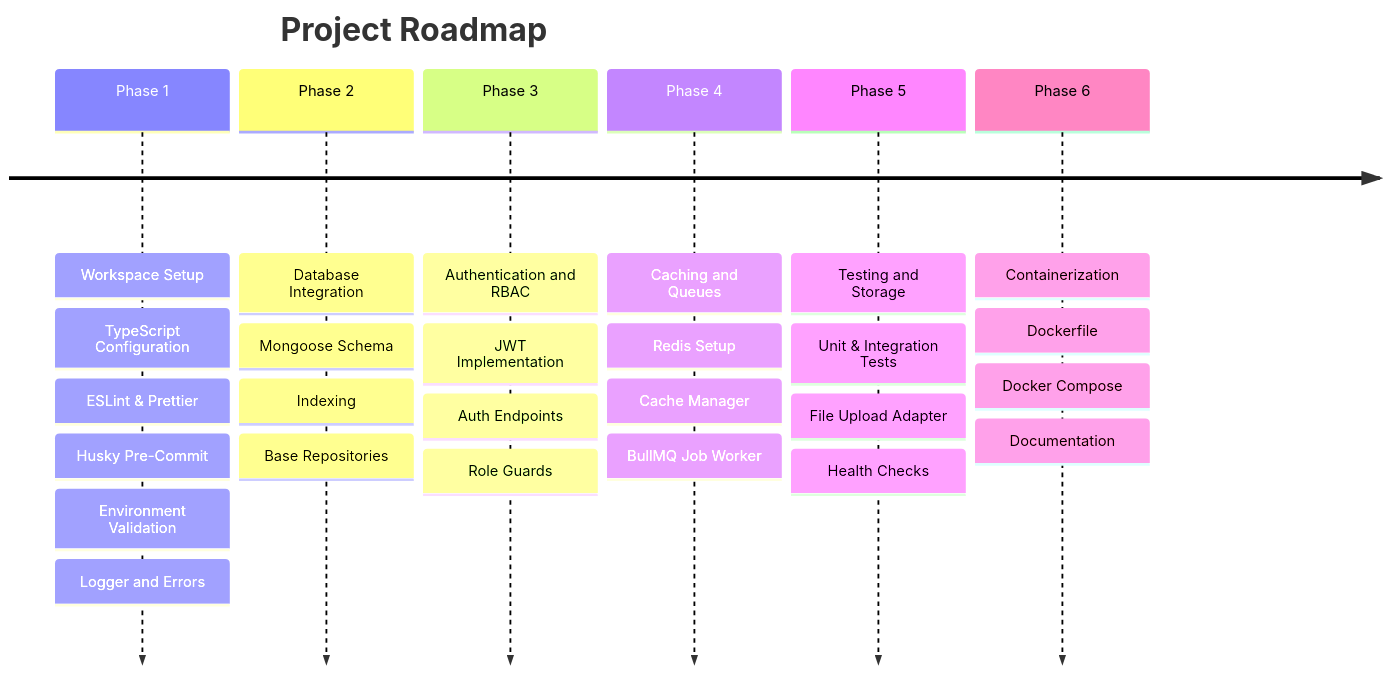
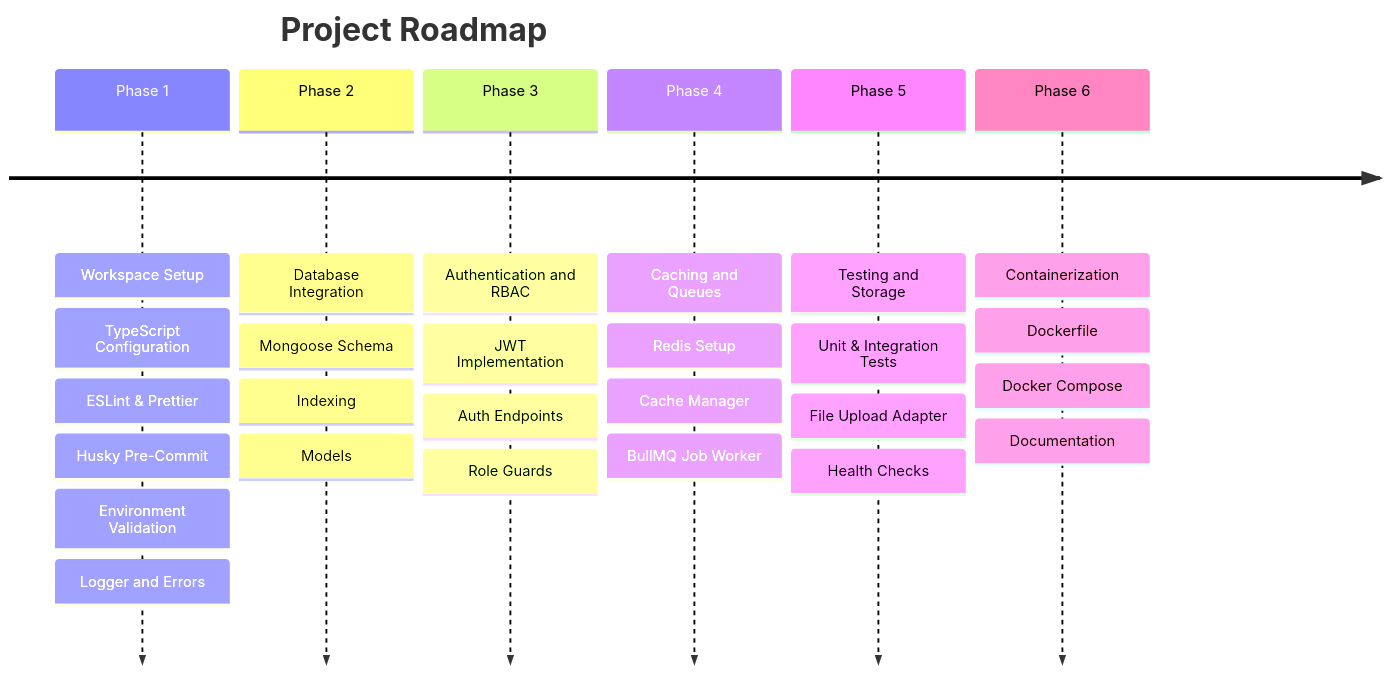
The second of 2 diagrams in PRD.md (Manjeet-Yadav-777/Node-JS-Backend-Kit), drawn with Mermaid before and after one commit. The commit also changed 3 other files, not shown here.

````diff
--- a/PRD.md
+++ b/PRD.md
@@ -158,10 +158,10 @@
 ```mermaid
 timeline
     title Project Roadmap
     Phase 1 : Workspace Setup : TypeScript Configuration : ESLint & Prettier : Husky Pre-Commit : Environment Validation : Logger and Errors
-    Phase 2 : Database Integration : Mongoose Schema : Indexing : Base Repositories
+    Phase 2 : Database Integration : Mongoose Schema : Indexing : Models
     Phase 3 : Authentication and RBAC : JWT Implementation : Auth Endpoints : Role Guards
     Phase 4 : Caching and Queues : Redis Setup : Cache Manager : BullMQ Job Worker
     Phase 5 : Testing and Storage : Unit & Integration Tests : File Upload Adapter : Health Checks
     Phase 6 : Containerization : Dockerfile : Docker Compose : Documentation
 ```
````
